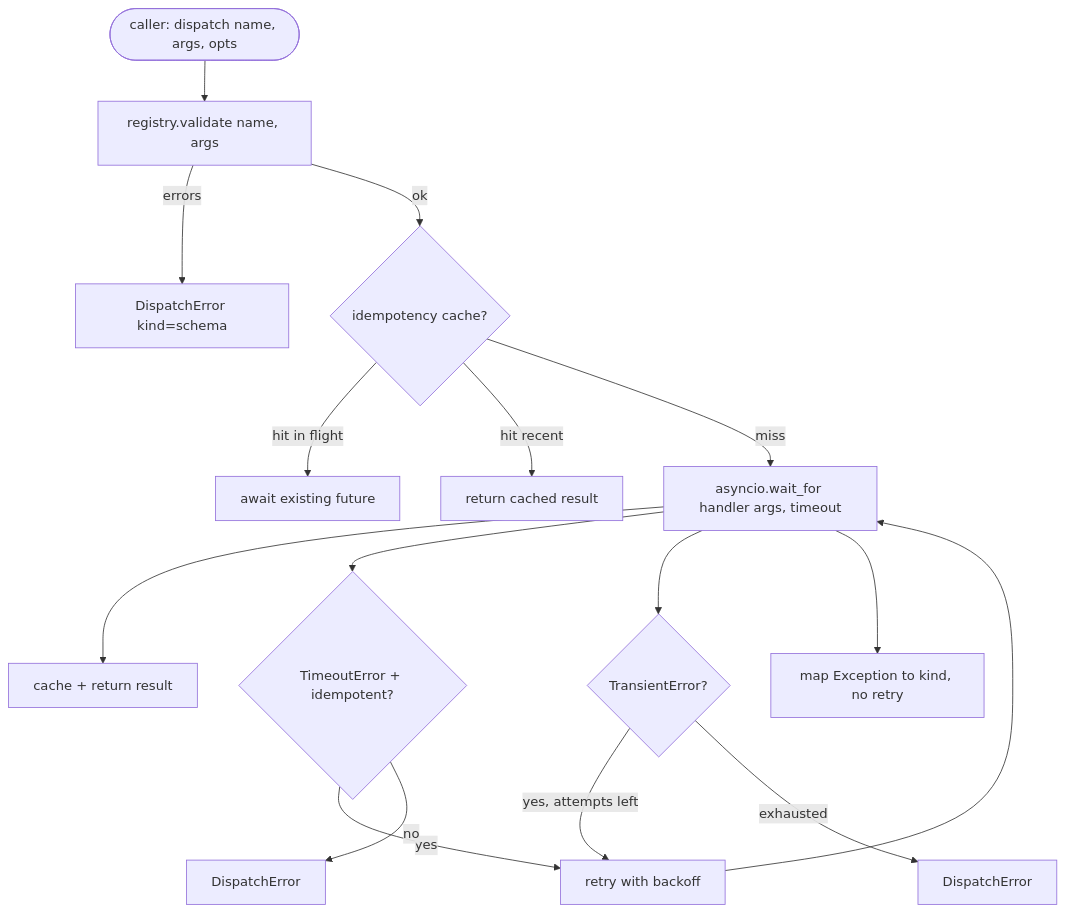
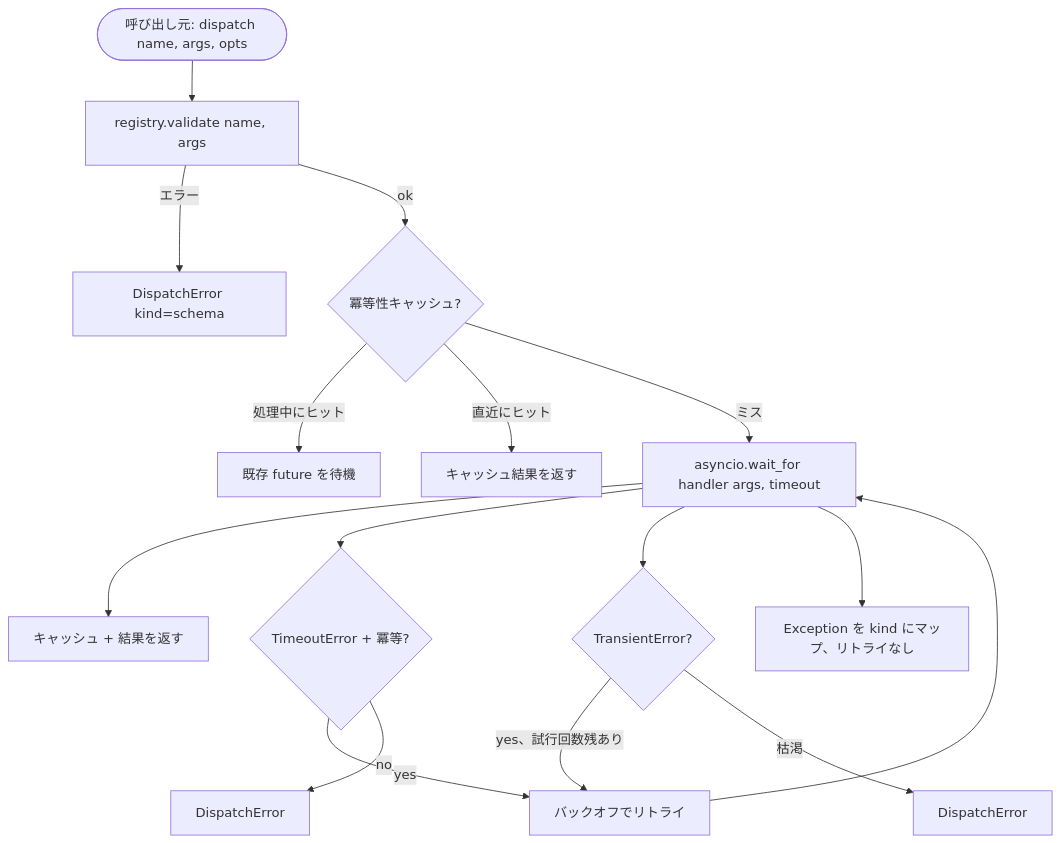
The second of 2 diagrams in content/phases/19-capstone-projects/23-function-call-dispatcher/lesson.ja.md (shoshoshomen/synapse-academy), drawn with Mermaid before and after one commit. The commit also changed other lines of this file and 124 other files, not shown here.

First line of the commit message:
feat(i18n): mermaid図のラベルを日本語化(194レッスン/374図)

````diff
--- a/content/phases/19-capstone-projects/23-function-call-dispatcher/lesson.ja.md
+++ b/content/phases/19-capstone-projects/23-function-call-dispatcher/lesson.ja.md
@@ -85,33 +85,33 @@
 ```mermaid
 flowchart TD
-    start([caller: dispatch name, args, opts])
-    validate[registry.validate name, args]
-    schema_err[DispatchError kind=schema]
-    idem_check{idempotency cache?}
-    in_flight[await existing future]
-    cached[return cached result]
-    attempt[asyncio.wait_for handler args, timeout]
-    success[cache + return result]
-    timeout_branch{TimeoutError + idempotent?}
-    retry[retry with backoff]
-    fail[DispatchError]
-    transient_branch{TransientError?}
-    other[map Exception to kind, no retry]
-    exhausted[DispatchError]
+    start(["呼び出し元: dispatch name, args, opts"])
+    validate["registry.validate name, args"]
+    schema_err["DispatchError kind=schema"]
+    idem_check{"冪等性キャッシュ?"}
+    in_flight["既存 future を待機"]
+    cached["キャッシュ結果を返す"]
+    attempt["asyncio.wait_for handler args, timeout"]
+    success["キャッシュ + 結果を返す"]
+    timeout_branch{"TimeoutError + 冪等?"}
+    retry["バックオフでリトライ"]
+    fail["DispatchError"]
+    transient_branch{"TransientError?"}
+    other["Exception を kind にマップ、リトライなし"]
+    exhausted["DispatchError"]
 
     start --> validate
-    validate -->|errors| schema_err
-    validate -->|ok| idem_check
-    idem_check -->|hit in flight| in_flight
-    idem_check -->|hit recent| cached
-    idem_check -->|miss| attempt
+    validate -->|"エラー"| schema_err
+    validate -->|"ok"| idem_check
+    idem_check -->|"処理中にヒット"| in_flight
+    idem_check -->|"直近にヒット"| cached
+    idem_check -->|"ミス"| attempt
     attempt --> success
     attempt --> timeout_branch
-    timeout_branch -->|yes| retry
-    timeout_branch -->|no| fail
+    timeout_branch -->|"yes"| retry
+    timeout_branch -->|"no"| fail
     attempt --> transient_branch
-    transient_branch -->|yes, attempts left| retry
-    transient_branch -->|exhausted| exhausted
+    transient_branch -->|"yes、試行回数残あり"| retry
+    transient_branch -->|"枯渇"| exhausted
     attempt --> other
     retry --> attempt
 ```
````
